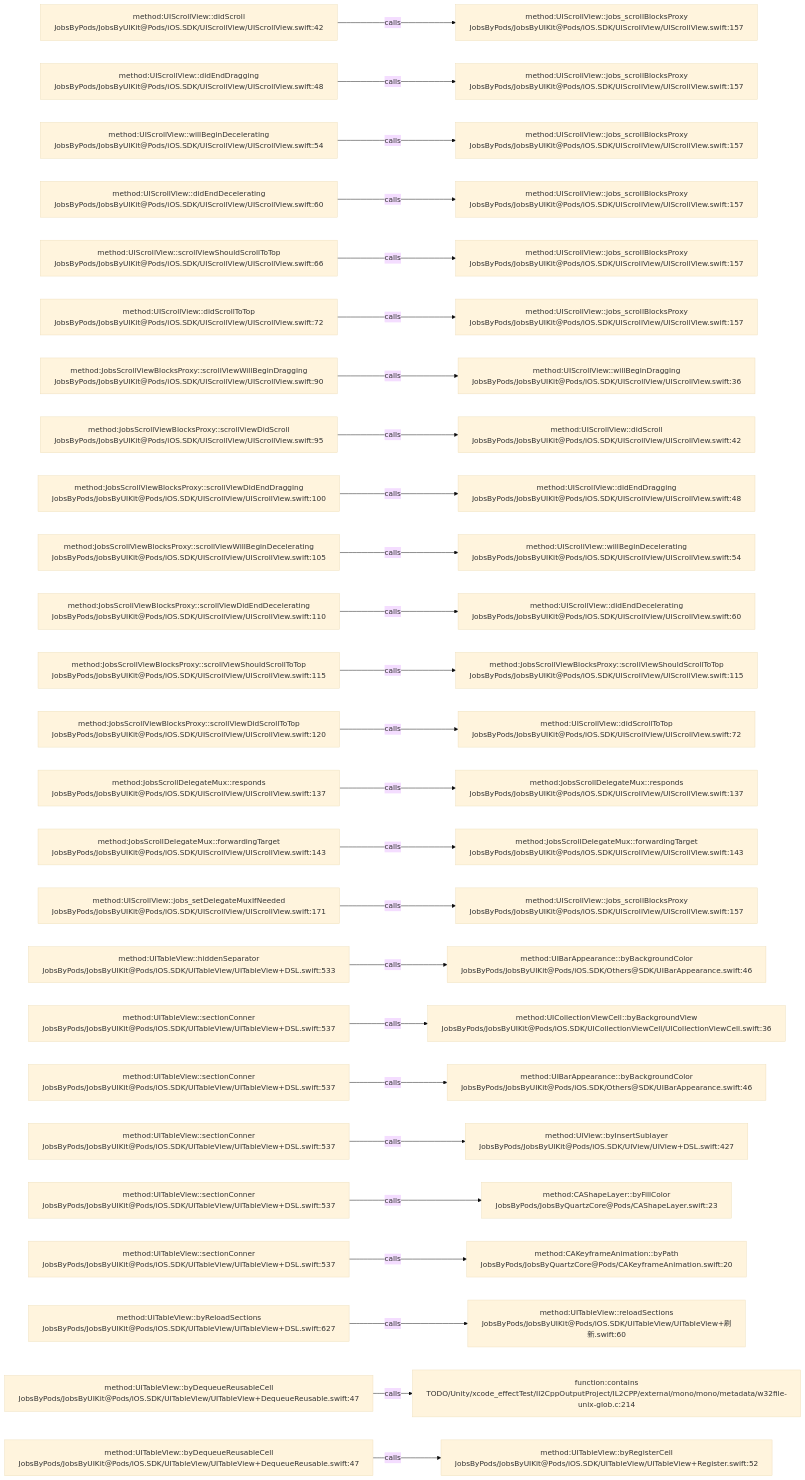
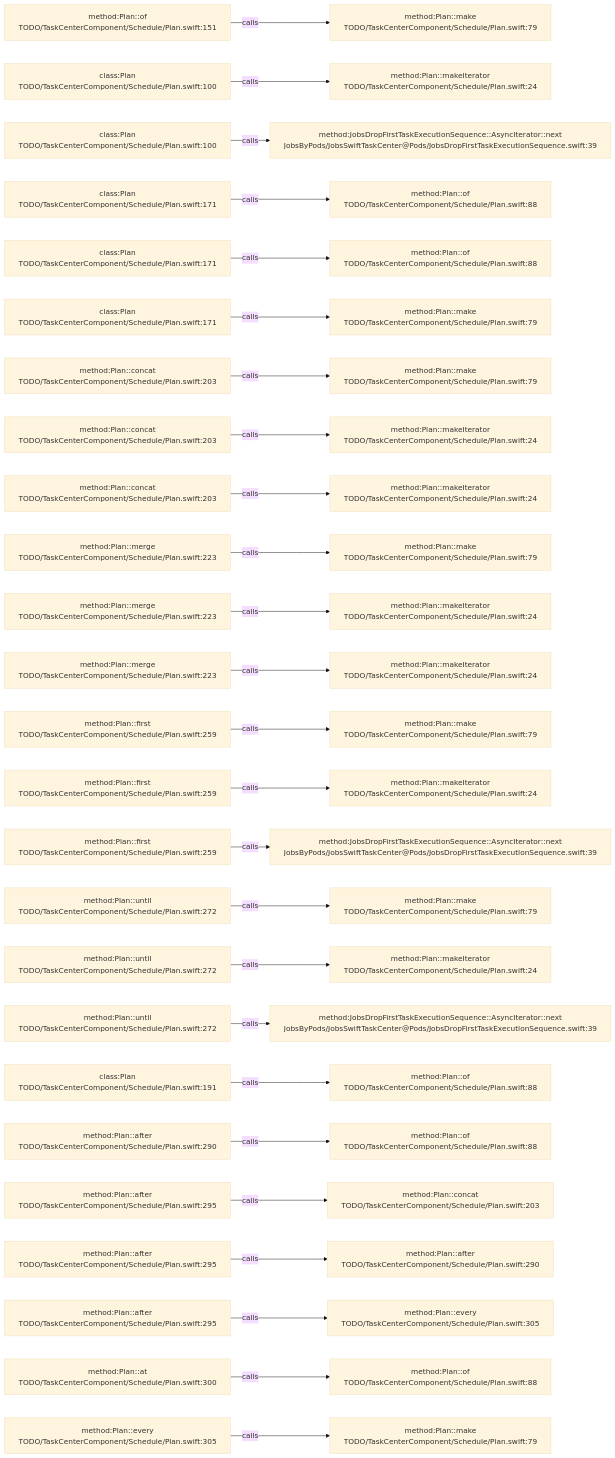
The diagram in .codegraph/codegraph.md/graphs/calls-082.md (JobsKits/JobsSwiftBaseConfigDemo), drawn with Mermaid (base theme) before and after one commit. The commit also changed 569 other files, not shown here.

````diff
--- a/.codegraph/codegraph.md/graphs/calls-082.md
+++ b/.codegraph/codegraph.md/graphs/calls-082.md
@@ -13,78 +13,78 @@
 ```mermaid
 flowchart LR
-  S1["method:UIScrollView::didScroll<br/>JobsByPods/JobsByUIKit@Pods/iOS.SDK/UIScrollView/UIScrollView.swift:42"]
-  T1["method:UIScrollView::jobs_scrollBlocksProxy<br/>JobsByPods/JobsByUIKit@Pods/iOS.SDK/UIScrollView/UIScrollView.swift:157"]
+  S1["method:Plan::of<br/>TODO/TaskCenterComponent/Schedule/Plan.swift:151"]
+  T1["method:Plan::make<br/>TODO/TaskCenterComponent/Schedule/Plan.swift:79"]
   S1 -->|calls| T1
-  S2["method:UIScrollView::didEndDragging<br/>JobsByPods/JobsByUIKit@Pods/iOS.SDK/UIScrollView/UIScrollView.swift:48"]
-  T2["method:UIScrollView::jobs_scrollBlocksProxy<br/>JobsByPods/JobsByUIKit@Pods/iOS.SDK/UIScrollView/UIScrollView.swift:157"]
+  S2["class:Plan<br/>TODO/TaskCenterComponent/Schedule/Plan.swift:100"]
+  T2["method:Plan::makeIterator<br/>TODO/TaskCenterComponent/Schedule/Plan.swift:24"]
   S2 -->|calls| T2
-  S3["method:UIScrollView::willBeginDecelerating<br/>JobsByPods/JobsByUIKit@Pods/iOS.SDK/UIScrollView/UIScrollView.swift:54"]
-  T3["method:UIScrollView::jobs_scrollBlocksProxy<br/>JobsByPods/JobsByUIKit@Pods/iOS.SDK/UIScrollView/UIScrollView.swift:157"]
+  S3["class:Plan<br/>TODO/TaskCenterComponent/Schedule/Plan.swift:100"]
+  T3["method:JobsDropFirstTaskExecutionSequence::AsyncIterator::next<br/>JobsByPods/JobsSwiftTaskCenter@Pods/JobsDropFirstTaskExecutionSequence.swift:39"]
   S3 -->|calls| T3
-  S4["method:UIScrollView::didEndDecelerating<br/>JobsByPods/JobsByUIKit@Pods/iOS.SDK/UIScrollView/UIScrollView.swift:60"]
-  T4["method:UIScrollView::jobs_scrollBlocksProxy<br/>JobsByPods/JobsByUIKit@Pods/iOS.SDK/UIScrollView/UIScrollView.swift:157"]
+  S4["class:Plan<br/>TODO/TaskCenterComponent/Schedule/Plan.swift:171"]
+  T4["method:Plan::of<br/>TODO/TaskCenterComponent/Schedule/Plan.swift:88"]
   S4 -->|calls| T4
-  S5["method:UIScrollView::scrollViewShouldScrollToTop<br/>JobsByPods/JobsByUIKit@Pods/iOS.SDK/UIScrollView/UIScrollView.swift:66"]
-  T5["method:UIScrollView::jobs_scrollBlocksProxy<br/>JobsByPods/JobsByUIKit@Pods/iOS.SDK/UIScrollView/UIScrollView.swift:157"]
+  S5["class:Plan<br/>TODO/TaskCenterComponent/Schedule/Plan.swift:171"]
+  T5["method:Plan::of<br/>TODO/TaskCenterComponent/Schedule/Plan.swift:88"]
   S5 -->|calls| T5
-  S6["method:UIScrollView::didScrollToTop<br/>JobsByPods/JobsByUIKit@Pods/iOS.SDK/UIScrollView/UIScrollView.swift:72"]
-  T6["method:UIScrollView::jobs_scrollBlocksProxy<br/>JobsByPods/JobsByUIKit@Pods/iOS.SDK/UIScrollView/UIScrollView.swift:157"]
+  S6["class:Plan<br/>TODO/TaskCenterComponent/Schedule/Plan.swift:171"]
+  T6["method:Plan::make<br/>TODO/TaskCenterComponent/Schedule/Plan.swift:79"]
   S6 -->|calls| T6
-  S7["method:JobsScrollViewBlocksProxy::scrollViewWillBeginDragging<br/>JobsByPods/JobsByUIKit@Pods/iOS.SDK/UIScrollView/UIScrollView.swift:90"]
-  T7["method:UIScrollView::willBeginDragging<br/>JobsByPods/JobsByUIKit@Pods/iOS.SDK/UIScrollView/UIScrollView.swift:36"]
+  S7["method:Plan::concat<br/>TODO/TaskCenterComponent/Schedule/Plan.swift:203"]
+  T7["method:Plan::make<br/>TODO/TaskCenterComponent/Schedule/Plan.swift:79"]
   S7 -->|calls| T7
-  S8["method:JobsScrollViewBlocksProxy::scrollViewDidScroll<br/>JobsByPods/JobsByUIKit@Pods/iOS.SDK/UIScrollView/UIScrollView.swift:95"]
-  T8["method:UIScrollView::didScroll<br/>JobsByPods/JobsByUIKit@Pods/iOS.SDK/UIScrollView/UIScrollView.swift:42"]
+  S8["method:Plan::concat<br/>TODO/TaskCenterComponent/Schedule/Plan.swift:203"]
+  T8["method:Plan::makeIterator<br/>TODO/TaskCenterComponent/Schedule/Plan.swift:24"]
   S8 -->|calls| T8
-  S9["method:JobsScrollViewBlocksProxy::scrollViewDidEndDragging<br/>JobsByPods/JobsByUIKit@Pods/iOS.SDK/UIScrollView/UIScrollView.swift:100"]
-  T9["method:UIScrollView::didEndDragging<br/>JobsByPods/JobsByUIKit@Pods/iOS.SDK/UIScrollView/UIScrollView.swift:48"]
+  S9["method:Plan::concat<br/>TODO/TaskCenterComponent/Schedule/Plan.swift:203"]
+  T9["method:Plan::makeIterator<br/>TODO/TaskCenterComponent/Schedule/Plan.swift:24"]
   S9 -->|calls| T9
-  S10["method:JobsScrollViewBlocksProxy::scrollViewWillBeginDecelerating<br/>JobsByPods/JobsByUIKit@Pods/iOS.SDK/UIScrollView/UIScrollView.swift:105"]
-  T10["method:UIScrollView::willBeginDecelerating<br/>JobsByPods/JobsByUIKit@Pods/iOS.SDK/UIScrollView/UIScrollView.swift:54"]
+  S10["method:Plan::merge<br/>TODO/TaskCenterComponent/Schedule/Plan.swift:223"]
+  T10["method:Plan::make<br/>TODO/TaskCenterComponent/Schedule/Plan.swift:79"]
   S10 -->|calls| T10
-  S11["method:JobsScrollViewBlocksProxy::scrollViewDidEndDecelerating<br/>JobsByPods/JobsByUIKit@Pods/iOS.SDK/UIScrollView/UIScrollView.swift:110"]
-  T11["method:UIScrollView::didEndDecelerating<br/>JobsByPods/JobsByUIKit@Pods/iOS.SDK/UIScrollView/UIScrollView.swift:60"]
+  S11["method:Plan::merge<br/>TODO/TaskCenterComponent/Schedule/Plan.swift:223"]
+  T11["method:Plan::makeIterator<br/>TODO/TaskCenterComponent/Schedule/Plan.swift:24"]
   S11 -->|calls| T11
-  S12["method:JobsScrollViewBlocksProxy::scrollViewShouldScrollToTop<br/>JobsByPods/JobsByUIKit@Pods/iOS.SDK/UIScrollView/UIScrollView.swift:115"]
-  T12["method:JobsScrollViewBlocksProxy::scrollViewShouldScrollToTop<br/>JobsByPods/JobsByUIKit@Pods/iOS.SDK/UIScrollView/UIScrollView.swift:115"]
+  S12["method:Plan::merge<br/>TODO/TaskCenterComponent/Schedule/Plan.swift:223"]
+  T12["method:Plan::makeIterator<br/>TODO/TaskCenterComponent/Schedule/Plan.swift:24"]
   S12 -->|calls| T12
-  S13["method:JobsScrollViewBlocksProxy::scrollViewDidScrollToTop<br/>JobsByPods/JobsByUIKit@Pods/iOS.SDK/UIScrollView/UIScrollView.swift:120"]
-  T13["method:UIScrollView::didScrollToTop<br/>JobsByPods/JobsByUIKit@Pods/iOS.SDK/UIScrollView/UIScrollView.swift:72"]
+  S13["method:Plan::first<br/>TODO/TaskCenterComponent/Schedule/Plan.swift:259"]
+  T13["method:Plan::make<br/>TODO/TaskCenterComponent/Schedule/Plan.swift:79"]
   S13 -->|calls| T13
-  S14["method:JobsScrollDelegateMux::responds<br/>JobsByPods/JobsByUIKit@Pods/iOS.SDK/UIScrollView/UIScrollView.swift:137"]
-  T14["method:JobsScrollDelegateMux::responds<br/>JobsByPods/JobsByUIKit@Pods/iOS.SDK/UIScrollView/UIScrollView.swift:137"]
+  S14["method:Plan::first<br/>TODO/TaskCenterComponent/Schedule/Plan.swift:259"]
+  T14["method:Plan::makeIterator<br/>TODO/TaskCenterComponent/Schedule/Plan.swift:24"]
   S14 -->|calls| T14
-  S15["method:JobsScrollDelegateMux::forwardingTarget<br/>JobsByPods/JobsByUIKit@Pods/iOS.SDK/UIScrollView/UIScrollView.swift:143"]
-  T15["method:JobsScrollDelegateMux::forwardingTarget<br/>JobsByPods/JobsByUIKit@Pods/iOS.SDK/UIScrollView/UIScrollView.swift:143"]
+  S15["method:Plan::first<br/>TODO/TaskCenterComponent/Schedule/Plan.swift:259"]
+  T15["method:JobsDropFirstTaskExecutionSequence::AsyncIterator::next<br/>JobsByPods/JobsSwiftTaskCenter@Pods/JobsDropFirstTaskExecutionSequence.swift:39"]
   S15 -->|calls| T15
-  S16["method:UIScrollView::jobs_setDelegateMuxIfNeeded<br/>JobsByPods/JobsByUIKit@Pods/iOS.SDK/UIScrollView/UIScrollView.swift:171"]
-  T16["method:UIScrollView::jobs_scrollBlocksProxy<br/>JobsByPods/JobsByUIKit@Pods/iOS.SDK/UIScrollView/UIScrollView.swift:157"]
+  S16["method:Plan::until<br/>TODO/TaskCenterComponent/Schedule/Plan.swift:272"]
+  T16["method:Plan::make<br/>TODO/TaskCenterComponent/Schedule/Plan.swift:79"]
   S16 -->|calls| T16
-  S17["method:UITableView::hiddenSeparator<br/>JobsByPods/JobsByUIKit@Pods/iOS.SDK/UITableView/UITableView+DSL.swift:533"]
-  T17["method:UIBarAppearance::byBackgroundColor<br/>JobsByPods/JobsByUIKit@Pods/iOS.SDK/Others@SDK/UIBarAppearance.swift:46"]
+  S17["method:Plan::until<br/>TODO/TaskCenterComponent/Schedule/Plan.swift:272"]
+  T17["method:Plan::makeIterator<br/>TODO/TaskCenterComponent/Schedule/Plan.swift:24"]
   S17 -->|calls| T17
-  S18["method:UITableView::sectionConner<br/>JobsByPods/JobsByUIKit@Pods/iOS.SDK/UITableView/UITableView+DSL.swift:537"]
-  T18["method:UICollectionViewCell::byBackgroundView<br/>JobsByPods/JobsByUIKit@Pods/iOS.SDK/UICollectionViewCell/UICollectionViewCell.swift:36"]
+  S18["method:Plan::until<br/>TODO/TaskCenterComponent/Schedule/Plan.swift:272"]
+  T18["method:JobsDropFirstTaskExecutionSequence::AsyncIterator::next<br/>JobsByPods/JobsSwiftTaskCenter@Pods/JobsDropFirstTaskExecutionSequence.swift:39"]
   S18 -->|calls| T18
-  S19["method:UITableView::sectionConner<br/>JobsByPods/JobsByUIKit@Pods/iOS.SDK/UITableView/UITableView+DSL.swift:537"]
-  T19["method:UIBarAppearance::byBackgroundColor<br/>JobsByPods/JobsByUIKit@Pods/iOS.SDK/Others@SDK/UIBarAppearance.swift:46"]
+  S19["class:Plan<br/>TODO/TaskCenterComponent/Schedule/Plan.swift:191"]
+  T19["method:Plan::of<br/>TODO/TaskCenterComponent/Schedule/Plan.swift:88"]
   S19 -->|calls| T19
-  S20["method:UITableView::sectionConner<br/>JobsByPods/JobsByUIKit@Pods/iOS.SDK/UITableView/UITableView+DSL.swift:537"]
-  T20["method:UIView::byInsertSublayer<br/>JobsByPods/JobsByUIKit@Pods/iOS.SDK/UIView/UIView+DSL.swift:427"]
+  S20["method:Plan::after<br/>TODO/TaskCenterComponent/Schedule/Plan.swift:290"]
+  T20["method:Plan::of<br/>TODO/TaskCenterComponent/Schedule/Plan.swift:88"]
   S20 -->|calls| T20
-  S21["method:UITableView::sectionConner<br/>JobsByPods/JobsByUIKit@Pods/iOS.SDK/UITableView/UITableView+DSL.swift:537"]
-  T21["method:CAShapeLayer::byFillColor<br/>JobsByPods/JobsByQuartzCore@Pods/CAShapeLayer.swift:23"]
+  S21["method:Plan::after<br/>TODO/TaskCenterComponent/Schedule/Plan.swift:295"]
+  T21["method:Plan::concat<br/>TODO/TaskCenterComponent/Schedule/Plan.swift:203"]
   S21 -->|calls| T21
-  S22["method:UITableView::sectionConner<br/>JobsByPods/JobsByUIKit@Pods/iOS.SDK/UITableView/UITableView+DSL.swift:537"]
-  T22["method:CAKeyframeAnimation::byPath<br/>JobsByPods/JobsByQuartzCore@Pods/CAKeyframeAnimation.swift:20"]
+  S22["method:Plan::after<br/>TODO/TaskCenterComponent/Schedule/Plan.swift:295"]
+  T22["method:Plan::after<br/>TODO/TaskCenterComponent/Schedule/Plan.swift:290"]
   S22 -->|calls| T22
-  S23["method:UITableView::byReloadSections<br/>JobsByPods/JobsByUIKit@Pods/iOS.SDK/UITableView/UITableView+DSL.swift:627"]
-  T23["method:UITableView::reloadSections<br/>JobsByPods/JobsByUIKit@Pods/iOS.SDK/UITableView/UITableView+刷新.swift:60"]
+  S23["method:Plan::after<br/>TODO/TaskCenterComponent/Schedule/Plan.swift:295"]
+  T23["method:Plan::every<br/>TODO/TaskCenterComponent/Schedule/Plan.swift:305"]
   S23 -->|calls| T23
-  S24["method:UITableView::byDequeueReusableCell<br/>JobsByPods/JobsByUIKit@Pods/iOS.SDK/UITableView/UITableView+DequeueReusable.swift:47"]
-  T24["function:contains<br/>TODO/Unity/xcode_effectTest/Il2CppOutputProject/IL2CPP/external/mono/mono/metadata/w32file-unix-glob.c:214"]
+  S24["method:Plan::at<br/>TODO/TaskCenterComponent/Schedule/Plan.swift:300"]
+  T24["method:Plan::of<br/>TODO/TaskCenterComponent/Schedule/Plan.swift:88"]
   S24 -->|calls| T24
-  S25["method:UITableView::byDequeueReusableCell<br/>JobsByPods/JobsByUIKit@Pods/iOS.SDK/UITableView/UITableView+DequeueReusable.swift:47"]
-  T25["method:UITableView::byRegisterCell<br/>JobsByPods/JobsByUIKit@Pods/iOS.SDK/UITableView/UITableView+Register.swift:52"]
+  S25["method:Plan::every<br/>TODO/TaskCenterComponent/Schedule/Plan.swift:305"]
+  T25["method:Plan::make<br/>TODO/TaskCenterComponent/Schedule/Plan.swift:79"]
   S25 -->|calls| T25
 ```
````
